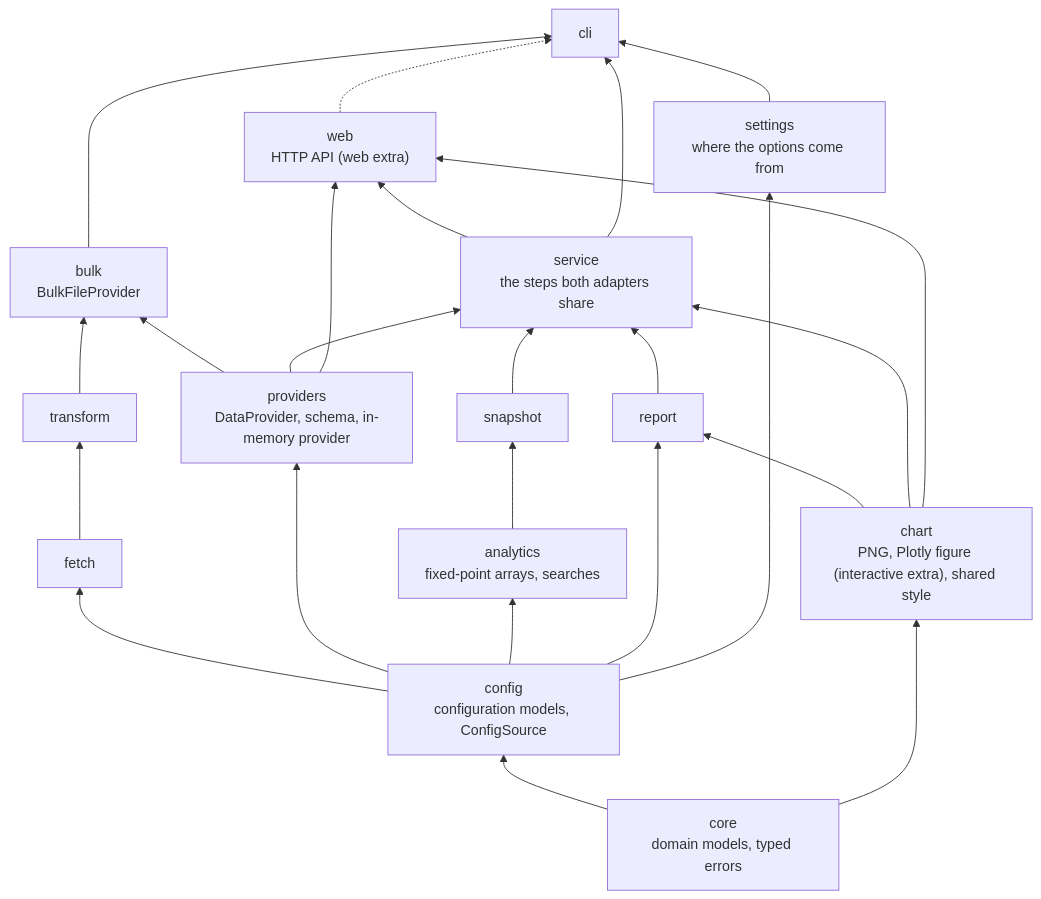
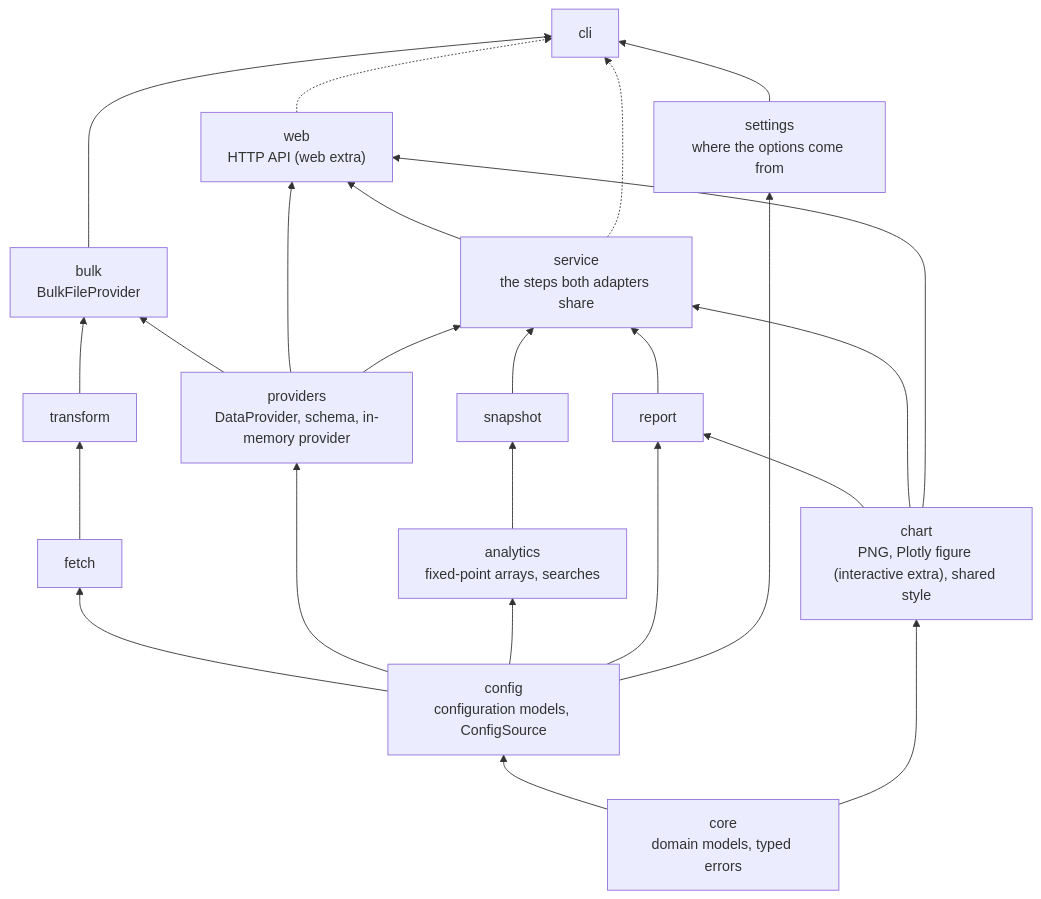
The second of 3 diagrams in docs/architecture.md (andrea-dm/policy-rate-monitor), drawn with Mermaid before and after one commit. The commit also changed other lines of this file and 29 other files, not shown here.

````diff
--- a/docs/architecture.md
+++ b/docs/architecture.md
@@ -33,41 +33,41 @@
 ```mermaid
 flowchart BT
     core["core<br/>domain models, typed errors"]
     config["config<br/>configuration models, ConfigSource"]
     fetch["fetch"]
     transform["transform"]
     providers["providers<br/>DataProvider, schema, in-memory provider"]
     bulk["bulk<br/>BulkFileProvider"]
     analytics["analytics<br/>fixed-point arrays, searches"]
     snapshot["snapshot"]
     report["report"]
     service["service<br/>the steps both adapters share"]
     chart["chart<br/>PNG, Plotly figure (interactive extra), shared style"]
     web["web<br/>HTTP API (web extra)"]
     settings["settings<br/>where the options come from"]
     cli["cli"]
 
     core --> config
     config --> fetch
     config --> providers
     config --> analytics
     fetch --> transform
     transform --> bulk
     providers --> bulk
     analytics --> snapshot
     config --> report
     core --> chart
+    providers --> web
     providers --> service
     snapshot --> service
     report --> service
     chart --> report
     chart --> service
     chart --> web
     service --> web
-    providers --> web
-    service --> cli
+    service -.-> cli
     bulk --> cli
     web -.-> cli
     config --> settings
     settings --> cli
 ```
````
